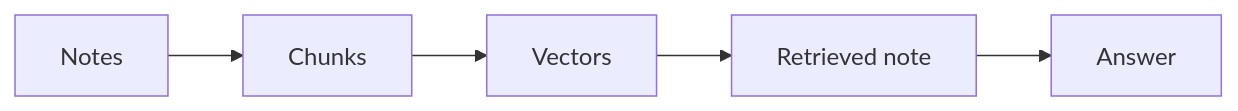
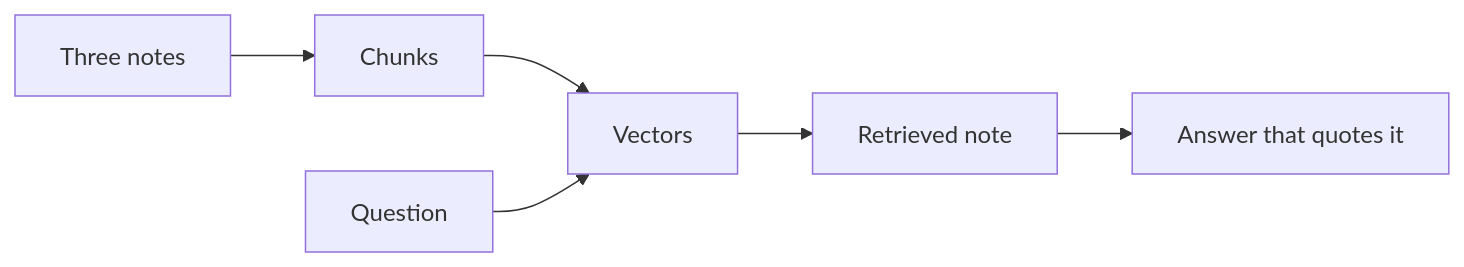
The diagram in lab-rag/README.md (mohamedmabrouk582/Android-Ai-Lab), drawn with Mermaid before and after one commit. The commit also changed other lines of this file and 41 other files, not shown here.

````diff
--- a/lab-rag/README.md
+++ b/lab-rag/README.md
@@ -13,4 +36,8 @@
 ```mermaid
 flowchart LR
-  n0["Notes"] --> n1["Chunks"] --> n2["Vectors"] --> n3["Retrieved note"] --> n4["Answer"]
+  notes["Three notes"] --> chunks["Chunks"]
+  chunks --> vectors["Vectors"]
+  question["Question"] --> vectors
+  vectors --> retrieved["Retrieved note"]
+  retrieved --> answer["Answer that quotes it"]
 ```
````
